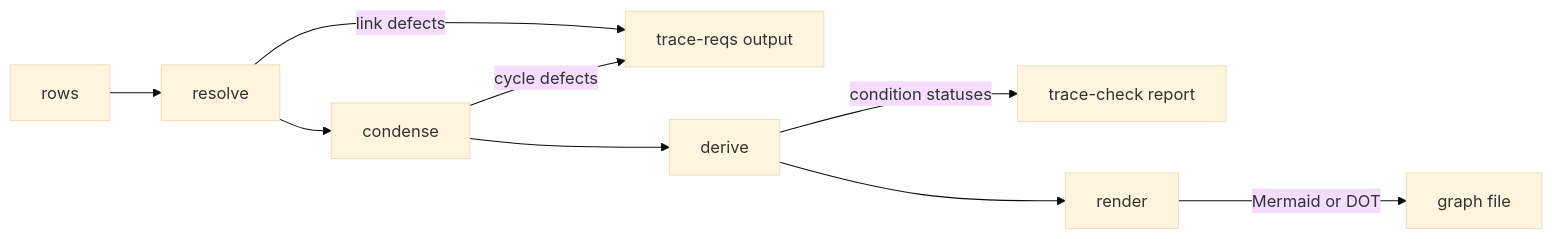
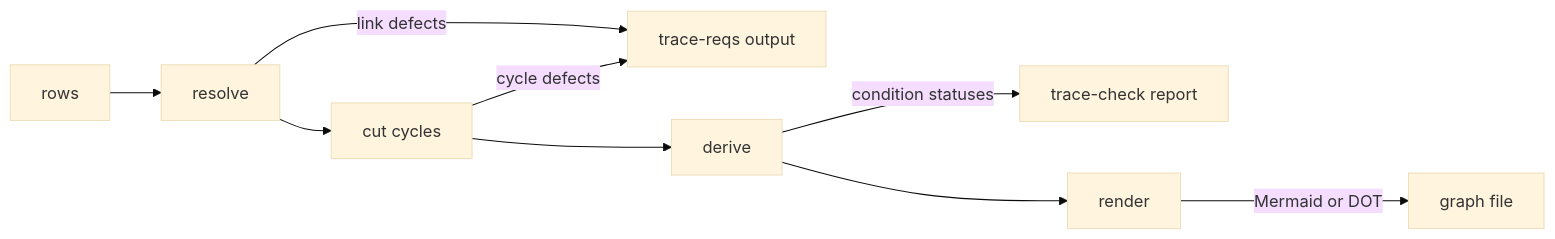
Before and after one commit to Dyse-Industries/control-rs: the diagram in documentation/vv/tracer-link-graph-design.md, drawn with Mermaid (base theme). The commit also changed other lines of this file and 5 other files, not shown here.

````diff
--- a/documentation/vv/tracer-link-graph-design.md
+++ b/documentation/vv/tracer-link-graph-design.md
@@ -85,11 +86,11 @@
 ```mermaid
 flowchart LR
     R[rows] --> A[resolve]
     A -->|link defects| D1[trace-reqs output]
-    A --> B[condense]
+    A --> B[cut cycles]
     B -->|cycle defects| D1
     B --> C[derive]
     C -->|condition statuses| D2[trace-check report]
     C --> E[render]
     E -->|Mermaid or DOT| D3[graph file]
 ```
````
